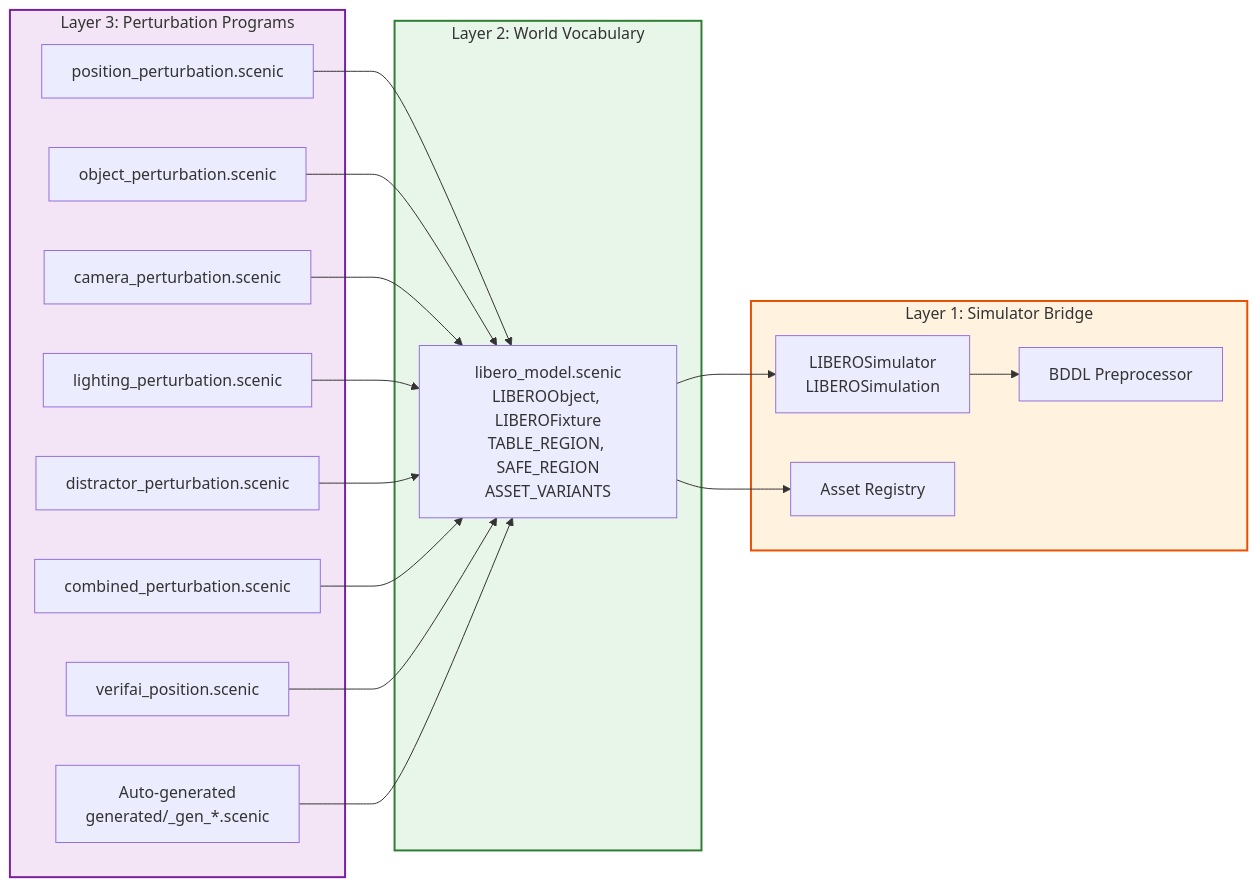
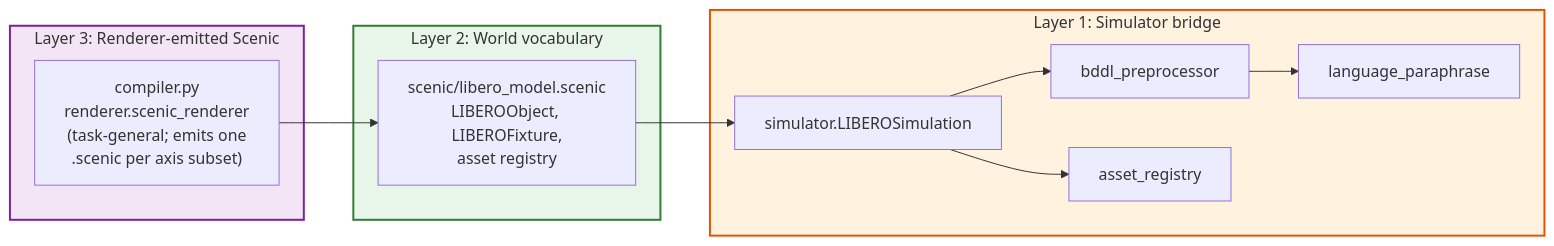
Before and after one commit to KE7/libero-infinity: the second of 3 diagrams in assets/architecture_diagram.md, drawn with Mermaid. The commit also changed other lines of this file and 4 other files, not shown here.

````diff
--- a/assets/architecture_diagram.md
+++ b/assets/architecture_diagram.md
@@ -72,39 +93,27 @@
 ```mermaid
 graph LR
-    subgraph L3["Layer 3: Perturbation Programs"]
-        P1["position_perturbation.scenic"]
-        P2["object_perturbation.scenic"]
-        P3["camera_perturbation.scenic"]
-        P4["lighting_perturbation.scenic"]
-        P5["distractor_perturbation.scenic"]
-        P6["combined_perturbation.scenic"]
-        P7["verifai_position.scenic"]
-        PG["Auto-generated<br/>generated/_gen_*.scenic"]
+    subgraph L3["Layer 3: Renderer-emitted Scenic"]
+        REN["compiler.py<br/>renderer.scenic_renderer<br/>(task-general; emits one<br/>.scenic per axis subset)"]
     end
 
-    subgraph L2["Layer 2: World Vocabulary"]
-        LM["libero_model.scenic<br/>LIBEROObject, LIBEROFixture<br/>TABLE_REGION, SAFE_REGION<br/>ASSET_VARIANTS"]
+    subgraph L2["Layer 2: World vocabulary"]
+        LM["scenic/libero_model.scenic<br/>LIBEROObject, LIBEROFixture,<br/>asset registry"]
     end
 
-    subgraph L1["Layer 1: Simulator Bridge"]
-        SIM["LIBEROSimulator<br/>LIBEROSimulation"]
-        PP["BDDL Preprocessor"]
-        AR["Asset Registry"]
+    subgraph L1["Layer 1: Simulator bridge"]
+        SIM["simulator.LIBEROSimulation"]
+        PP["bddl_preprocessor"]
+        AR["asset_registry"]
+        LL["language_paraphrase"]
     end
 
-    P1 --> LM
-    P2 --> LM
-    P3 --> LM
-    P4 --> LM
-    P5 --> LM
-    P6 --> LM
-    P7 --> LM
-    PG --> LM
+    REN --> LM
     LM --> SIM
-    LM --> AR
     SIM --> PP
+    SIM --> AR
+    PP --> LL
 
     style L3 fill:#F3E5F5,stroke:#7B1FA2,stroke-width:2px
     style L2 fill:#E8F5E9,stroke:#2E7D32,stroke-width:2px
     style L1 fill:#FFF3E0,stroke:#E65100,stroke-width:2px
 ```
````
